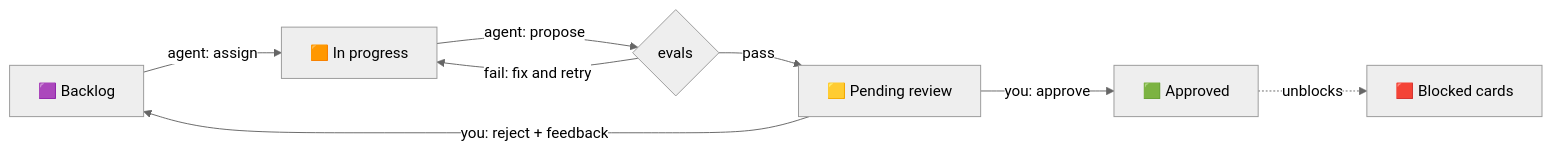
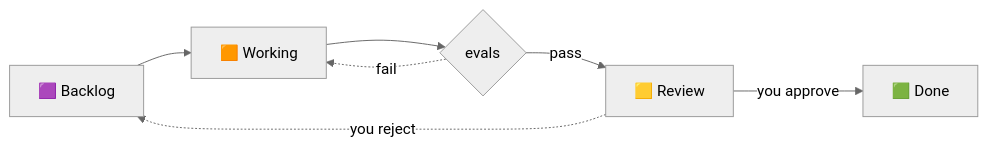
One commit to AIAYN-creator/Histos changed the diagram in README.md. Above: the diagram before and after it, drawn with Mermaid (neutral theme). The commit also changed other lines of this file, not shown here.

Commit message:
README: diagrama del ciclo mas compacto y el lema sin cortes raros

````diff
--- a/README.md
+++ b/README.md
@@ -38,10 +38,7 @@
 ```mermaid
 flowchart LR
-    A[🟪 Backlog] -->|agent: assign| B[🟧 In progress]
-    B -->|agent: propose| E{evals}
-    E -->|fail: fix and retry| B
-    E -->|pass| C[🟨 Pending review]
-    C -->|you: approve| D[🟩 Approved]
-    C -->|you: reject + feedback| A
-    D -.->|unblocks| F[🟥 Blocked cards]
+    A[🟪 Backlog] --> B[🟧 Working] --> E{evals}
+    E -- pass --> C[🟨 Review] -- you approve --> D[🟩 Done]
+    E -. fail .-> B
+    C -. you reject .-> A
 ```
````
